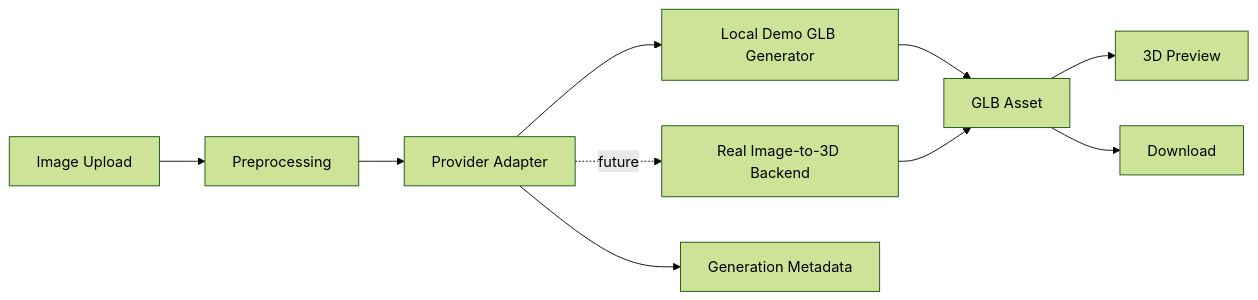
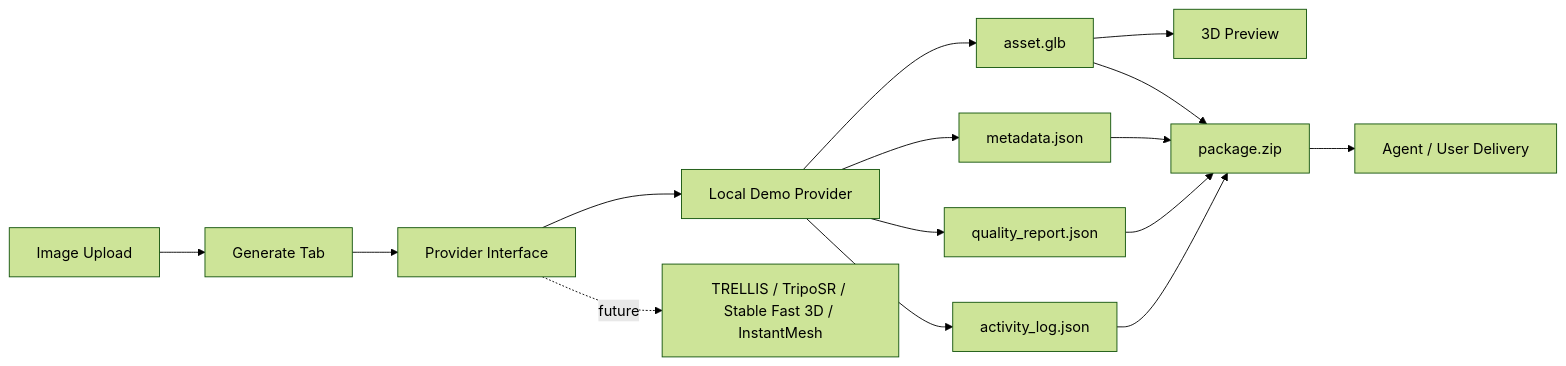
The diagram in README.md (danieloza/agentic-3d-asset-studio), drawn with Mermaid (forest theme) before and after one commit. The commit also changed other lines of this file and 6 other files, not shown here.

````diff
--- a/README.md
+++ b/README.md
@@ -42,12 +54,17 @@
 ```mermaid
 flowchart LR
-    A["Image Upload"] --> B["Preprocessing"]
-    B --> C["Provider Adapter"]
-    C --> D["Local Demo GLB Generator"]
-    C -. future .-> E["Real Image-to-3D Backend"]
-    D --> F["GLB Asset"]
-    E --> F
-    F --> G["3D Preview"]
-    F --> H["Download"]
-    C --> I["Generation Metadata"]
+    A["Image Upload"] --> B["Generate Tab"]
+    B --> C["Provider Interface"]
+    C --> D["Local Demo Provider"]
+    C -. future .-> E["TRELLIS / TripoSR / Stable Fast 3D / InstantMesh"]
+    D --> F["asset.glb"]
+    D --> G["metadata.json"]
+    D --> H["quality_report.json"]
+    D --> I["activity_log.json"]
+    F --> J["3D Preview"]
+    F --> K["package.zip"]
+    G --> K
+    H --> K
+    I --> K
+    K --> L["Agent / User Delivery"]
 ```
````
